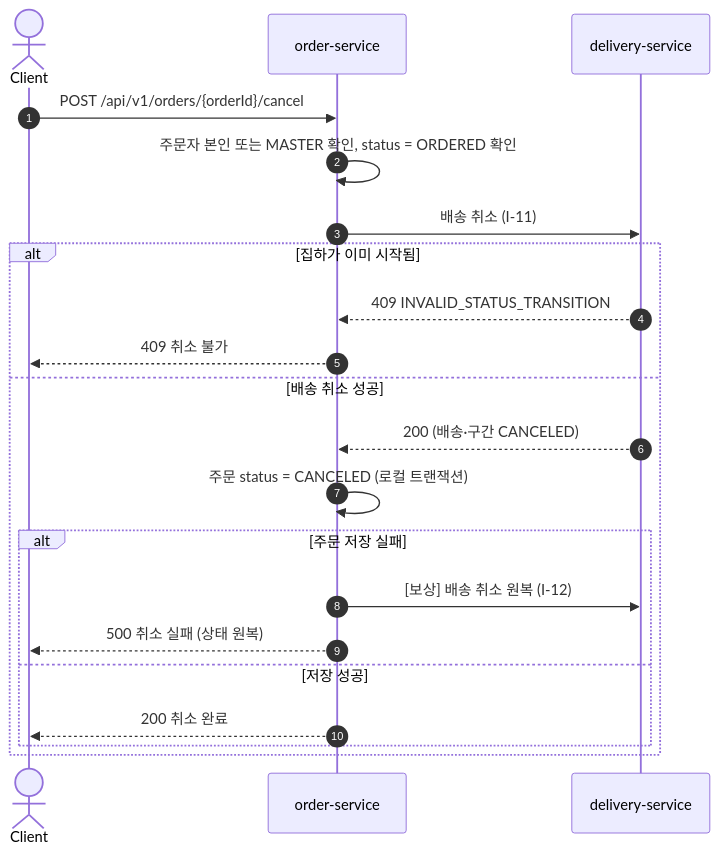
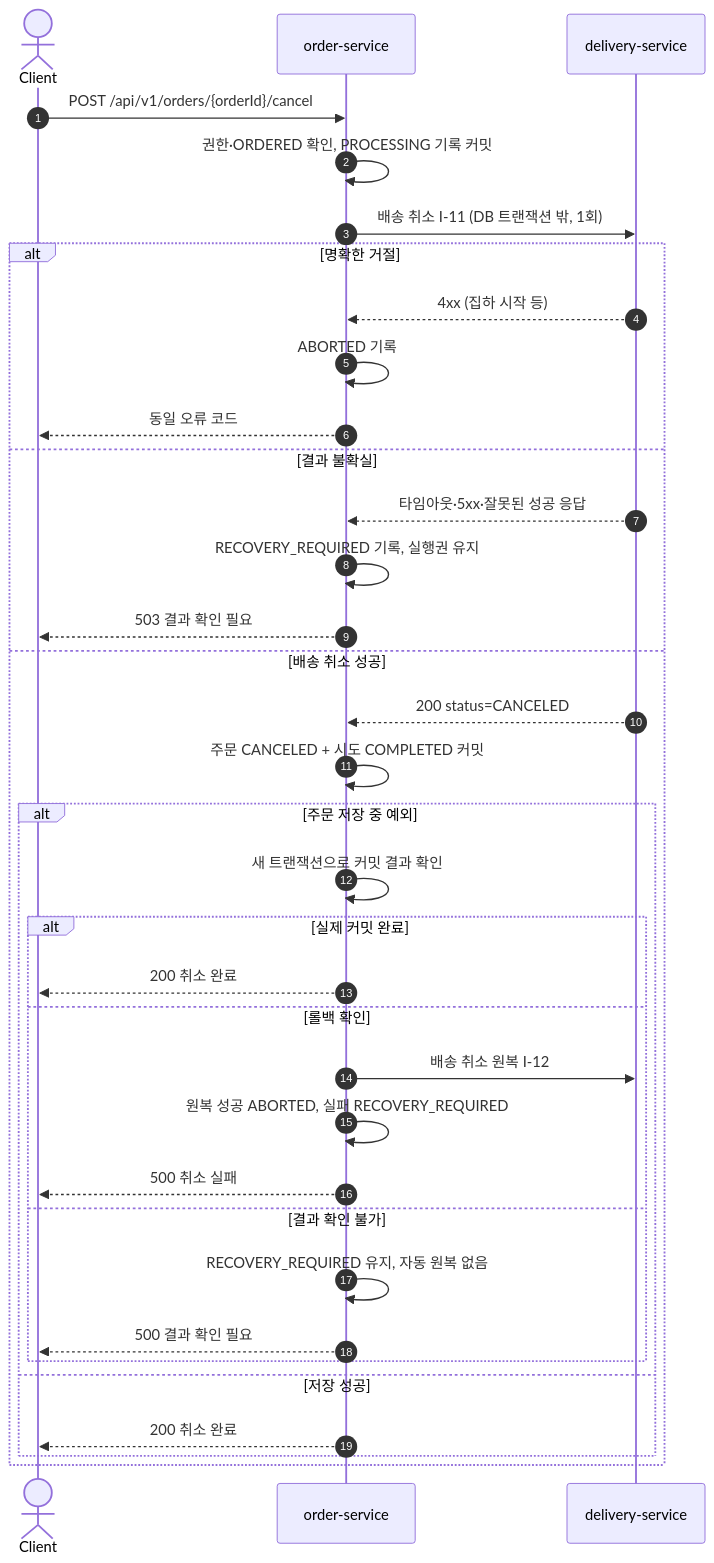
One commit to logistics-group3/logistics-management changed diagram 19 of 20 in docs/SA/sparta-logistics-sa.md. Above: the diagram before and after it, drawn with Mermaid. The commit also changed other lines of this file and 40 other files, not shown here.

````diff
--- a/docs/SA/sparta-logistics-sa.md
+++ b/docs/SA/sparta-logistics-sa.md
@@ -2173,24 +2197,38 @@
 ```mermaid
 sequenceDiagram
     autonumber
     actor C as Client
     participant O as order-service
     participant D as delivery-service
 
     C->>O: POST /api/v1/orders/{orderId}/cancel
-    O->>O: 주문자 본인 또는 MASTER 확인, status = ORDERED 확인
-    O->>D: 배송 취소 (I-11)
-    alt 집하가 이미 시작됨
-        D-->>O: 409 INVALID_STATUS_TRANSITION
-        O-->>C: 409 취소 불가
+    O->>O: 권한·ORDERED 확인, PROCESSING 기록 커밋
+    O->>D: 배송 취소 I-11 (DB 트랜잭션 밖, 1회)
+    alt 명확한 거절
+        D-->>O: 4xx (집하 시작 등)
+        O->>O: ABORTED 기록
+        O-->>C: 동일 오류 코드
+    else 결과 불확실
+        D-->>O: 타임아웃·5xx·잘못된 성공 응답
+        O->>O: RECOVERY_REQUIRED 기록, 실행권 유지
+        O-->>C: 503 결과 확인 필요
     else 배송 취소 성공
-        D-->>O: 200 (배송·구간 CANCELED)
-        O->>O: 주문 status = CANCELED (로컬 트랜잭션)
-        alt 주문 저장 실패
-            O->>D: [보상] 배송 취소 원복 (I-12)
-            O-->>C: 500 취소 실패 (상태 원복)
+        D-->>O: 200 status=CANCELED
+        O->>O: 주문 CANCELED + 시도 COMPLETED 커밋
+        alt 주문 저장 중 예외
+            O->>O: 새 트랜잭션으로 커밋 결과 확인
+            alt 실제 커밋 완료
+                O-->>C: 200 취소 완료
+            else 롤백 확인
+                O->>D: 배송 취소 원복 I-12
+                O->>O: 원복 성공 ABORTED, 실패 RECOVERY_REQUIRED
+                O-->>C: 500 취소 실패
+            else 결과 확인 불가
+                O->>O: RECOVERY_REQUIRED 유지, 자동 원복 없음
+                O-->>C: 500 결과 확인 필요
+            end
         else 저장 성공
             O-->>C: 200 취소 완료
         end
     end
 ```
````
